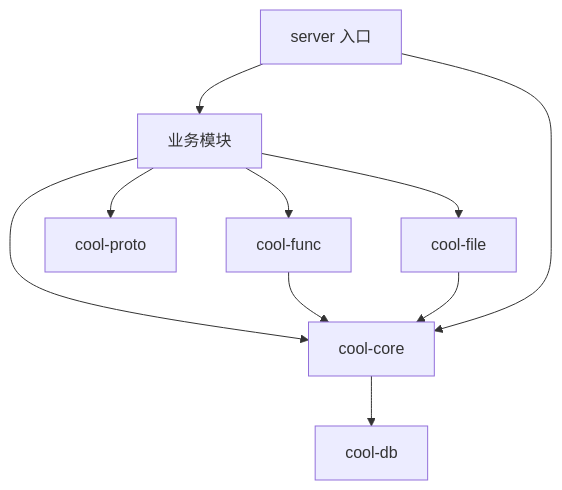
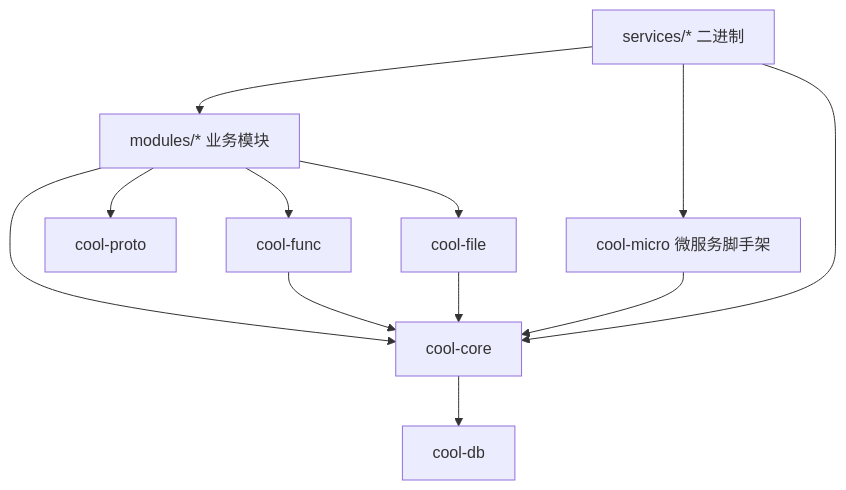
The second of 2 diagrams in docs/architecture.mdx (vera-byte/cool-admin-rust), drawn with Mermaid before and after one commit. The commit also changed other lines of this file and 67 other files, not shown here.

First line of the commit message:
refactor(layout): modules/ 与 services/ 移出 crates/，职责清晰分离

````diff
--- a/docs/architecture.mdx
+++ b/docs/architecture.mdx
@@ -63,12 +62,14 @@
 ```mermaid
 graph TD
-    Server[server 入口] --> Modules[业务模块]
-    Server --> CoolCore[cool-core]
-    Modules --> CoolCore
-    Modules --> CoolProto[cool-proto]
-    Modules --> CoolFunc[cool-func]
-    Modules --> CoolFile[cool-file]
-    CoolCore --> CoolDb[cool-db]
-    CoolFunc --> CoolCore
-    CoolFile --> CoolCore
+    Svc[services/* 二进制] --> Modules[modules/* 业务模块]
+    Svc --> Micro[cool-micro 微服务脚手架]
+    Svc --> Core[cool-core]
+    Modules --> Core
+    Modules --> Proto[cool-proto]
+    Modules --> Func[cool-func]
+    Modules --> File[cool-file]
+    Micro --> Core
+    Core --> Db[cool-db]
+    Func --> Core
+    File --> Core
 ```
````
